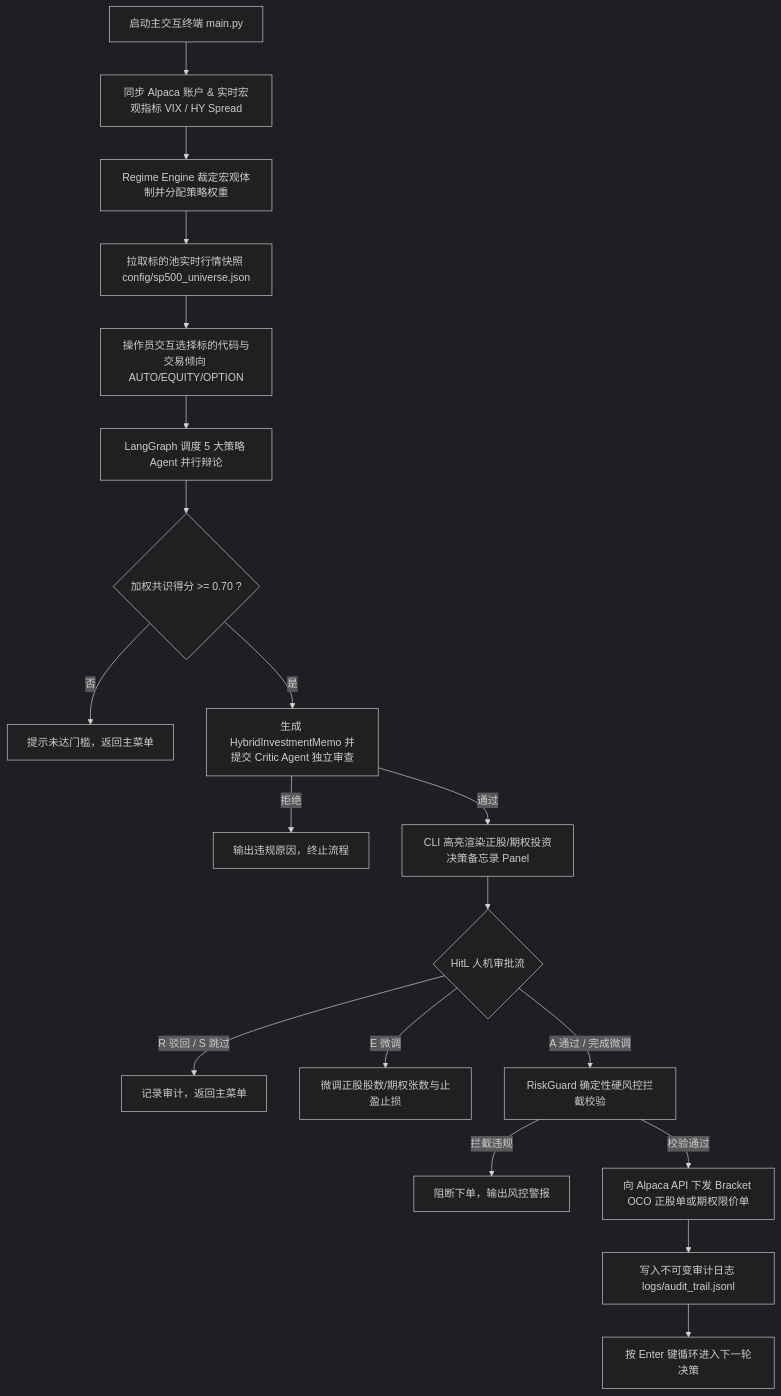
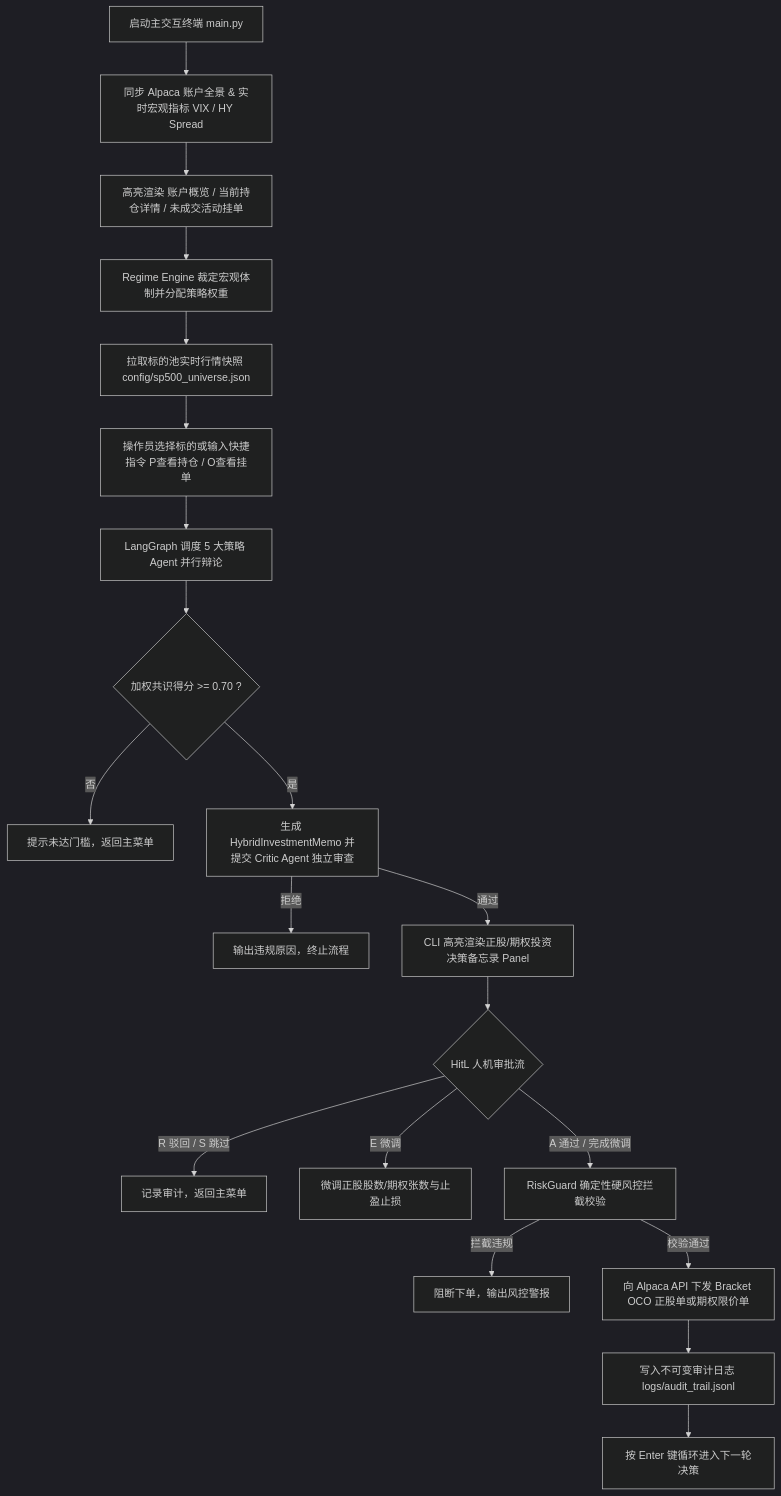
Before and after one commit to Tonytan123/AiAgentForTrading: the diagram in README.md, drawn with Mermaid (dark theme). The commit also changed other lines of this file, not shown here.

Commit message:
docs: update README with positions/orders CLI dashboard, Sentinel OCO & logging, and config guide

````diff
--- a/README.md
+++ b/README.md
@@ -47,21 +53,22 @@
 ```mermaid
 flowchart TD
-    A[启动主交互终端 main.py] --> B[同步 Alpaca 账户 & 实时宏观指标 VIX / HY Spread]
-    B --> C[Regime Engine 裁定宏观体制并分配策略权重]
-    C --> D[拉取标的池实时行情快照 config/sp500_universe.json]
-    D --> E[操作员交互选择标的代码与交易倾向 AUTO/EQUITY/OPTION]
-    E --> F[LangGraph 调度 5 大策略 Agent 并行辩论]
-    F --> G{加权共识得分 >= 0.70 ?}
-    G -- 否 --> H[提示未达门槛，返回主菜单]
-    G -- 是 --> I[生成 HybridInvestmentMemo 并提交 Critic Agent 独立审查]
-    I -- 拒绝 --> J[输出违规原因，终止流程]
-    I -- 通过 --> K[CLI 高亮渲染正股/期权投资决策备忘录 Panel]
-    K --> L{HitL 人机审批流}
-    L -- R 驳回 / S 跳过 --> M[记录审计，返回主菜单]
-    L -- E 微调 --> N[微调正股股数/期权张数与止盈止损]
-    L -- A 通过 / 完成微调 --> O[RiskGuard 确定性硬风控拦截校验]
-    O -- 拦截违规 --> P[阻断下单，输出风控警报]
-    O -- 校验通过 --> Q[向 Alpaca API 下发 Bracket OCO 正股单或期权限价单]
-    Q --> R[写入不可变审计日志 logs/audit_trail.jsonl]
-    R --> S[按 Enter 键循环进入下一轮决策]
+    A[启动主交互终端 main.py] --> B[同步 Alpaca 账户全景 & 实时宏观指标 VIX / HY Spread]
+    B --> C[高亮渲染 账户概览 / 当前持仓详情 / 未成交活动挂单]
+    C --> D[Regime Engine 裁定宏观体制并分配策略权重]
+    D --> E[拉取标的池实时行情快照 config/sp500_universe.json]
+    E --> F[操作员选择标的或输入快捷指令 P查看持仓 / O查看挂单]
+    F --> G[LangGraph 调度 5 大策略 Agent 并行辩论]
+    G --> H{加权共识得分 >= 0.70 ?}
+    H -- 否 --> I[提示未达门槛，返回主菜单]
+    H -- 是 --> J[生成 HybridInvestmentMemo 并提交 Critic Agent 独立审查]
+    J -- 拒绝 --> K[输出违规原因，终止流程]
+    J -- 通过 --> L[CLI 高亮渲染正股/期权投资决策备忘录 Panel]
+    L --> M{HitL 人机审批流}
+    M -- R 驳回 / S 跳过 --> N[记录审计，返回主菜单]
+    M -- E 微调 --> O[微调正股股数/期权张数与止盈止损]
+    M -- A 通过 / 完成微调 --> P[RiskGuard 确定性硬风控拦截校验]
+    P -- 拦截违规 --> Q[阻断下单，输出风控警报]
+    P -- 校验通过 --> R[向 Alpaca API 下发 Bracket OCO 正股单或期权限价单]
+    R --> S[写入不可变审计日志 logs/audit_trail.jsonl]
+    S --> T[按 Enter 键循环进入下一轮决策]
 ```
````
